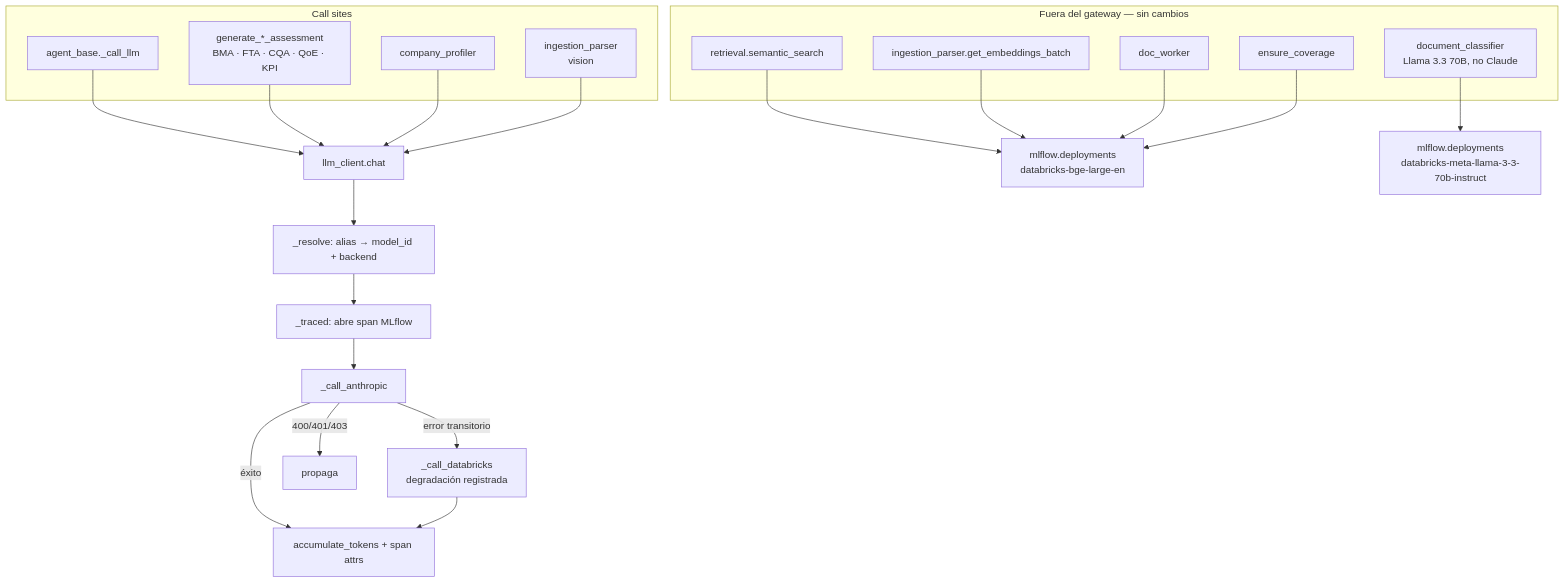
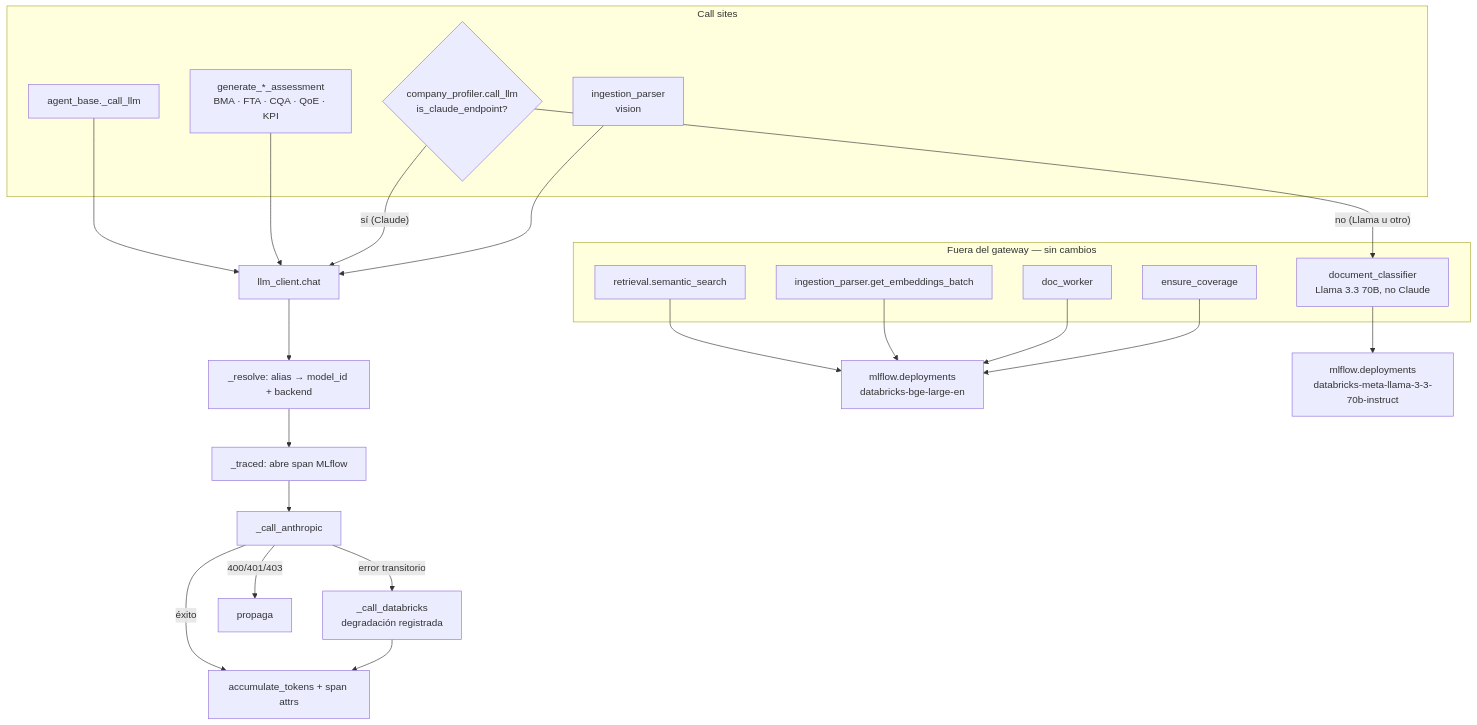
Before and after one commit to alegarayf/uc-13-ale: the diagram in .specs/features/anthropic-sdk-migration/design.md, drawn with Mermaid. The commit also changed other lines of this file and 7 other files, not shown here.

First line of the commit message:
refactor(profiler): route company profiling through the LLM gateway conditionally

````diff
--- a/.specs/features/anthropic-sdk-migration/design.md
+++ b/.specs/features/anthropic-sdk-migration/design.md
@@ -31,35 +33,36 @@
 ```mermaid
 graph TD
     subgraph Call sites
         A1[agent_base._call_llm]
         A2["generate_*_assessment<br/>BMA · FTA · CQA · QoE · KPI"]
-        A4[company_profiler]
+        A4{"company_profiler.call_llm<br/>is_claude_endpoint?"}
         A5["ingestion_parser<br/>vision"]
     end
 
     A1 --> GW[llm_client.chat]
     A2 --> GW
-    A4 --> GW
+    A4 -- "sí (Claude)" --> GW
     A5 --> GW
 
     GW --> RES[_resolve: alias → model_id + backend]
     RES --> SPAN[_traced: abre span MLflow]
     SPAN --> ANT[_call_anthropic]
     ANT -- éxito --> ACC[accumulate_tokens + span attrs]
     ANT -- error transitorio --> FB["_call_databricks<br/>degradación registrada"]
     ANT -- 400/401/403 --> RAISE[propaga]
     FB --> ACC
 
     subgraph "Fuera del gateway — sin cambios"
         E1[retrieval.semantic_search]
         E2[ingestion_parser.get_embeddings_batch]
         E3[doc_worker]
         E4[ensure_coverage]
         E5["document_classifier<br/>Llama 3.3 70B, no Claude"]
     end
+    A4 -- "no (Llama u otro)" --> E5
     E1 --> DEP["mlflow.deployments<br/>databricks-bge-large-en"]
     E2 --> DEP
     E3 --> DEP
     E4 --> DEP
     E5 --> DEP2["mlflow.deployments<br/>databricks-meta-llama-3-3-70b-instruct"]
 ```
````
